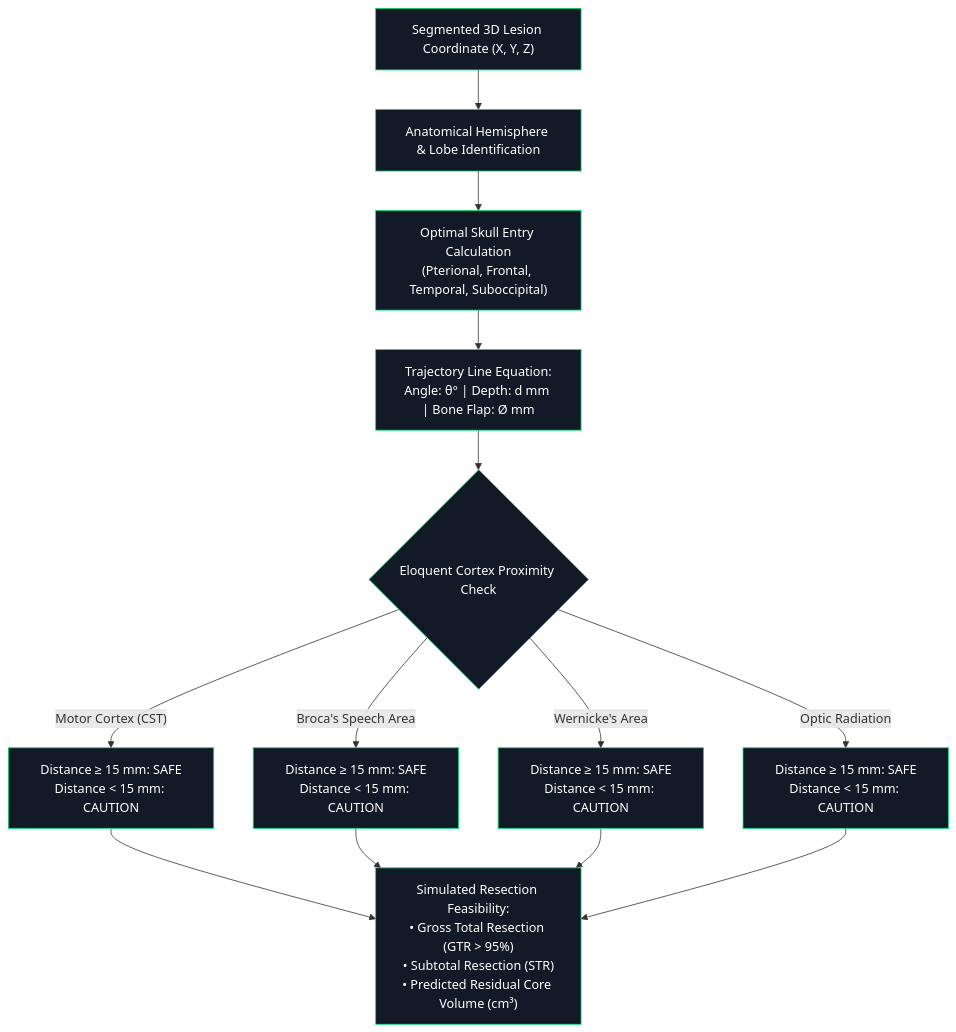
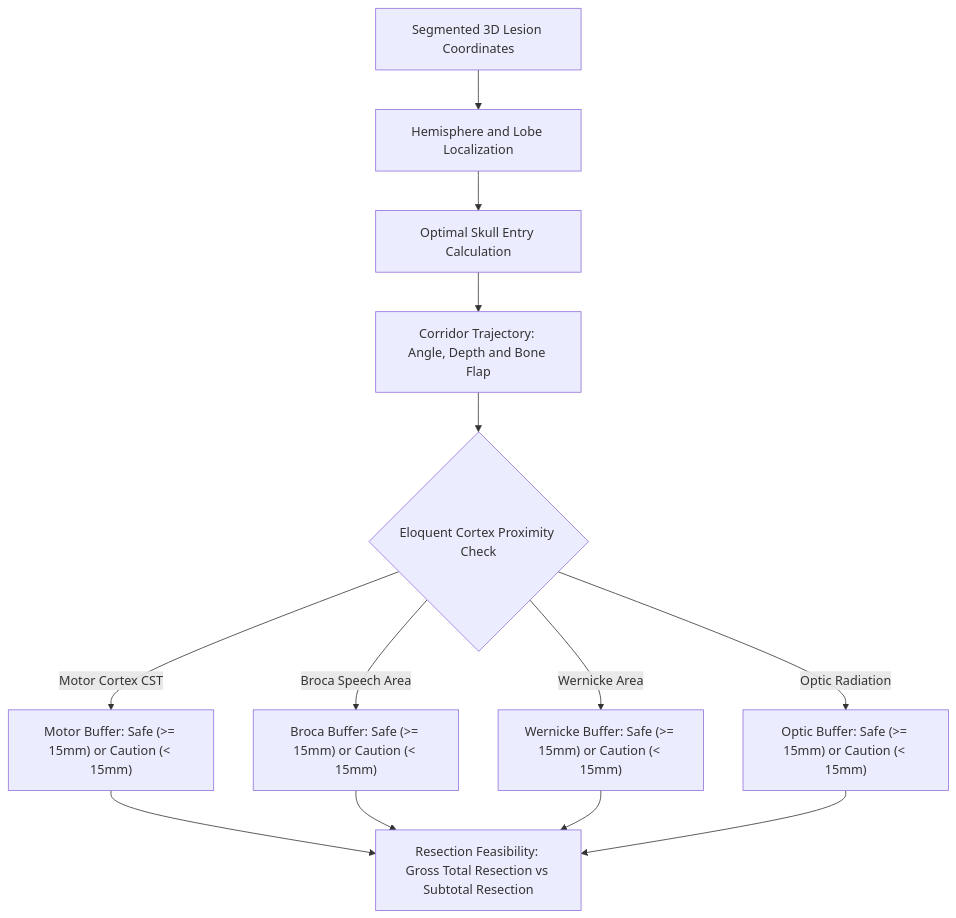
Before and after one commit to kailash6207/Brain_Tumor: the fourth of 5 diagrams in README.md, drawn with Mermaid. The commit also changed other lines of this file, not shown here.

Commit message:
docs: clean Mermaid diagram syntax for 100% markdown renderer compatibility

````diff
--- a/README.md
+++ b/README.md
@@ -151,20 +135,15 @@
 ```mermaid
 flowchart TD
-    LESION["Segmented 3D Lesion Coordinate (X, Y, Z)"] --> ANAT["Anatomical Hemisphere & Lobe Identification"]
-    
-    ANAT --> ENTRY["Optimal Skull Entry Calculation<br/>(Pterional, Frontal, Temporal, Suboccipital)"]
-    
-    ENTRY --> TRAJ["Trajectory Line Equation:<br/>Angle: θ° | Depth: d mm | Bone Flap: Ø mm"]
-    
+    LESION["Segmented 3D Lesion Coordinates"] --> ANAT["Hemisphere and Lobe Localization"]
+    ANAT --> ENTRY["Optimal Skull Entry Calculation"]
+    ENTRY --> TRAJ["Corridor Trajectory: Angle, Depth and Bone Flap"]
     TRAJ --> ELOQUENT{"Eloquent Cortex Proximity Check"}
-    
-    ELOQUENT -->|"Motor Cortex (CST)"| DIST_M["Distance ≥ 15 mm: SAFE<br/>Distance < 15 mm: CAUTION"]
-    ELOQUENT -->|"Broca's Speech Area"| DIST_B["Distance ≥ 15 mm: SAFE<br/>Distance < 15 mm: CAUTION"]
-    ELOQUENT -->|"Wernicke's Area"| DIST_W["Distance ≥ 15 mm: SAFE<br/>Distance < 15 mm: CAUTION"]
-    ELOQUENT -->|"Optic Radiation"| DIST_O["Distance ≥ 15 mm: SAFE<br/>Distance < 15 mm: CAUTION"]
-    
-    DIST_M & DIST_B & DIST_W & DIST_O --> RESECTION["Simulated Resection Feasibility:<br/>• Gross Total Resection (GTR > 95%)<br/>• Subtotal Resection (STR)<br/>• Predicted Residual Core Volume (cm³)"]
-
-    classDef surg fill:#131a27,stroke:#00e676,stroke-width:1px,color:#fff;
-    class LESION,ANAT,ENTRY,TRAJ,ELOQUENT,DIST_M,DIST_B,DIST_W,DIST_O,RESECTION surg;
+    ELOQUENT -->|"Motor Cortex CST"| DIST_M["Motor Buffer: Safe (>= 15mm) or Caution (< 15mm)"]
+    ELOQUENT -->|"Broca Speech Area"| DIST_B["Broca Buffer: Safe (>= 15mm) or Caution (< 15mm)"]
+    ELOQUENT -->|"Wernicke Area"| DIST_W["Wernicke Buffer: Safe (>= 15mm) or Caution (< 15mm)"]
+    ELOQUENT -->|"Optic Radiation"| DIST_O["Optic Buffer: Safe (>= 15mm) or Caution (< 15mm)"]
+    DIST_M --> RESECTION["Resection Feasibility: Gross Total Resection vs Subtotal Resection"]
+    DIST_B --> RESECTION
+    DIST_W --> RESECTION
+    DIST_O --> RESECTION
 ```
````
